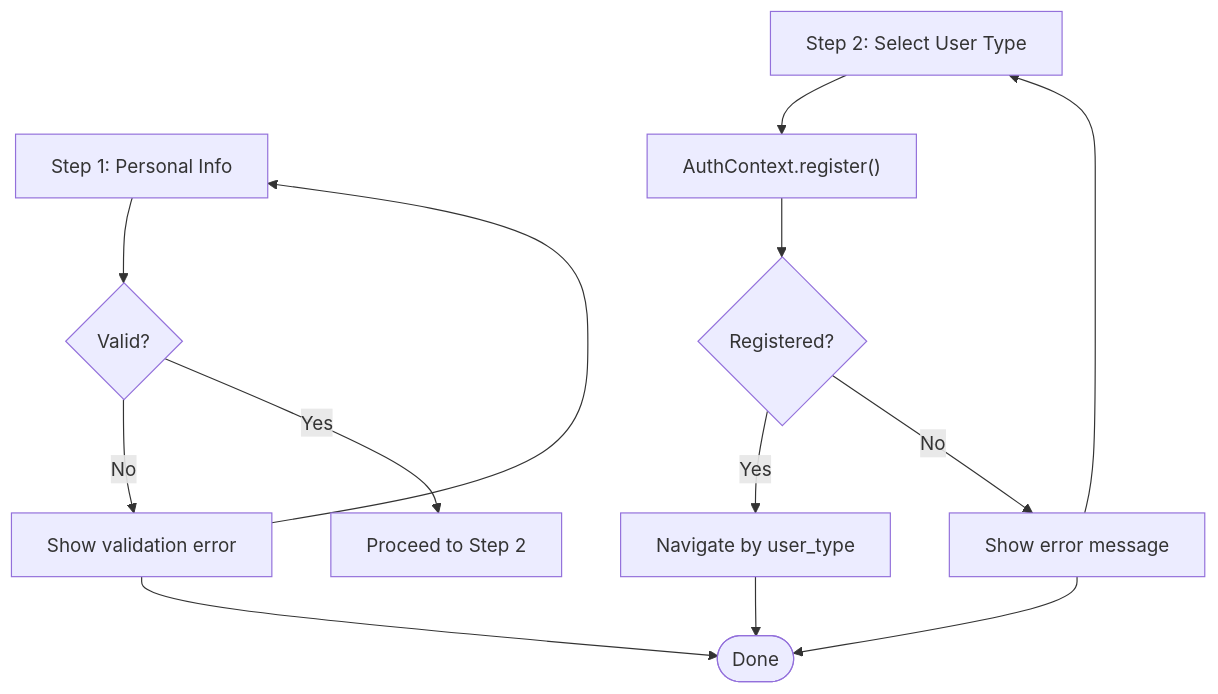
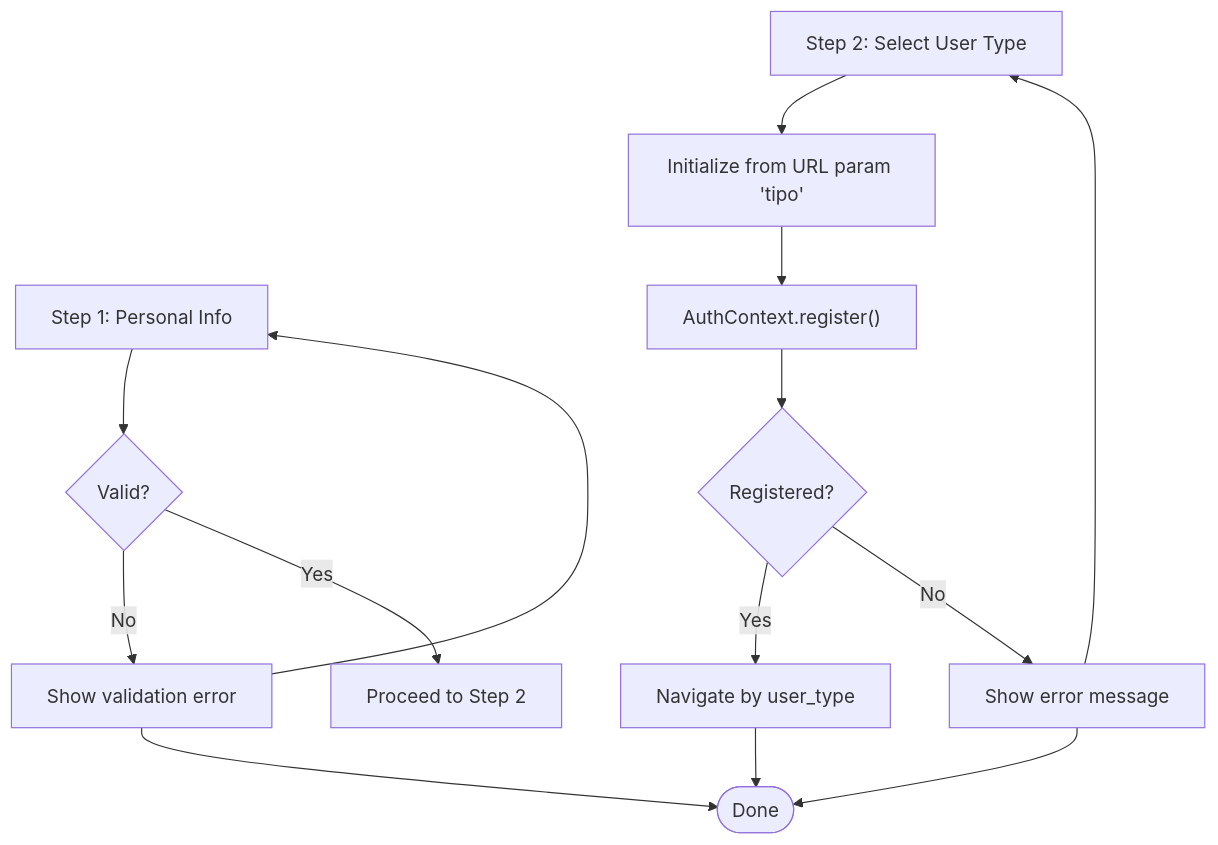
Before and after one commit to Alexandrexicara/craque-vision: the fifth of 14 diagrams in .qoder/repowiki/en/content/Frontend Application/Page Components.md, drawn with Mermaid. The commit also changed other lines of this file and 5 other files, not shown here.

````diff
--- a/.qoder/repowiki/en/content/Frontend Application/Page Components.md
+++ b/.qoder/repowiki/en/content/Frontend Application/Page Components.md
@@ -268,13 +283,14 @@
 ```mermaid
 flowchart TD
 Step1["Step 1: Personal Info"] --> Validate1{"Valid?"}
 Validate1 --> |No| ShowErr1["Show validation error"] --> Step1
 Validate1 --> |Yes| Next["Proceed to Step 2"]
-Step2["Step 2: Select User Type"] --> Submit["AuthContext.register()"]
+Step2["Step 2: Select User Type"] --> InitType["Initialize from URL param 'tipo'"]
+InitType --> Submit["AuthContext.register()"]
 Submit --> Success{"Registered?"}
 Success --> |Yes| Route["Navigate by user_type"]
 Success --> |No| ShowErr2["Show error message"] --> Step2
 Route --> End(["Done"])
 ShowErr1 --> End
 ShowErr2 --> End
 ```
````
